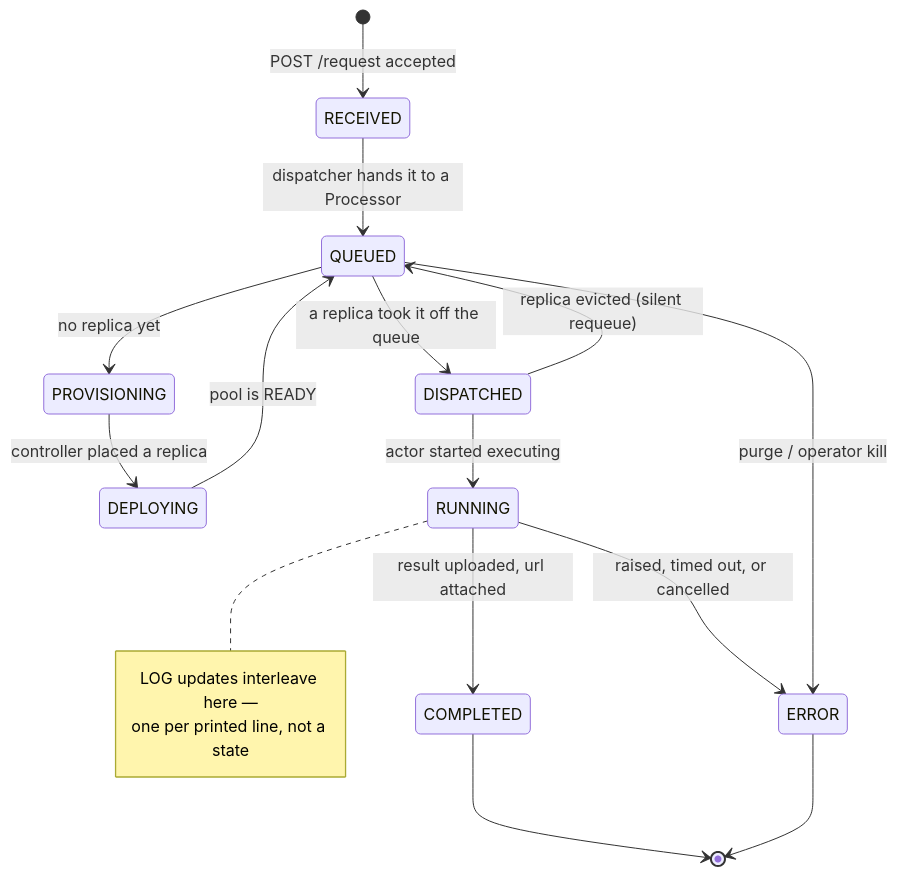
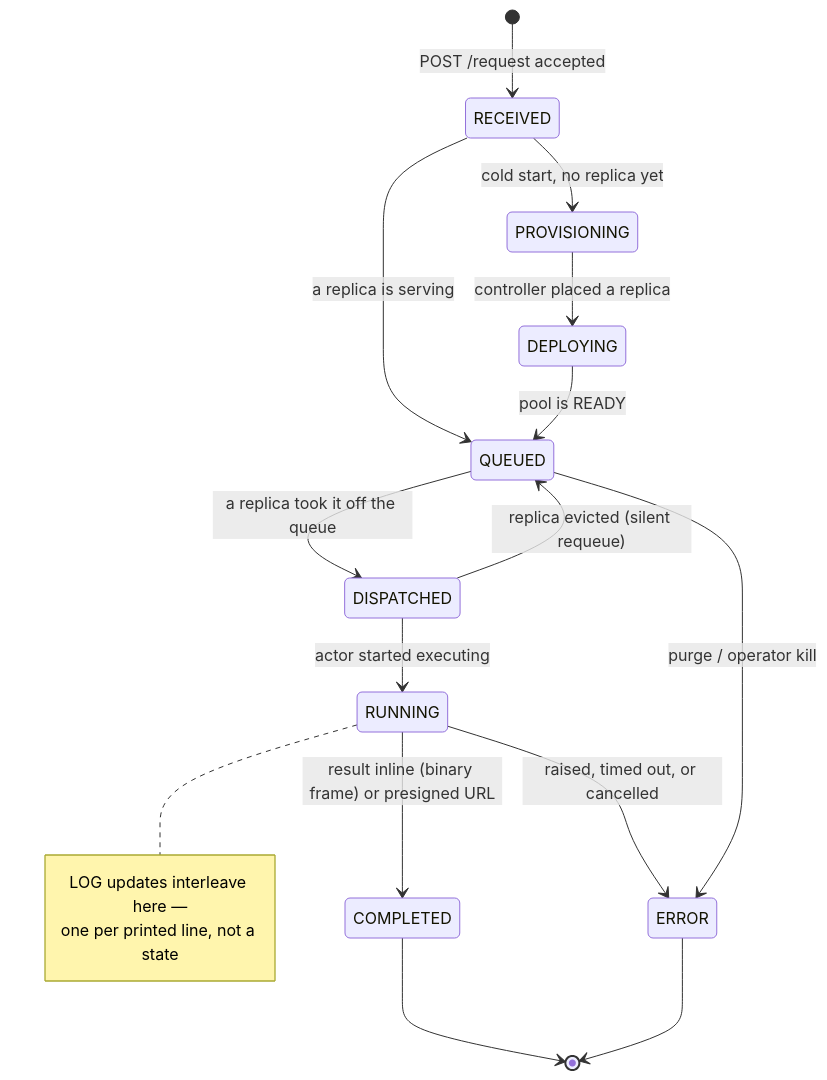
One commit to ndif-team/ndif changed the diagram in docs/concepts/status-and-results.md. Above: the diagram before and after it, drawn with Mermaid. The commit also changed other lines of this file and 7 other files, not shown here.

````diff
--- a/docs/concepts/status-and-results.md
+++ b/docs/concepts/status-and-results.md
@@ -28,20 +28,20 @@
 ```mermaid
 stateDiagram-v2
     [*] --> RECEIVED: POST /request accepted
-    RECEIVED --> QUEUED: dispatcher hands it to a Processor
-    QUEUED --> PROVISIONING: no replica yet
+    RECEIVED --> QUEUED: a replica is serving
+    RECEIVED --> PROVISIONING: cold start, no replica yet
     PROVISIONING --> DEPLOYING: controller placed a replica
     DEPLOYING --> QUEUED: pool is READY
     QUEUED --> DISPATCHED: a replica took it off the queue
     DISPATCHED --> RUNNING: actor started executing
-    RUNNING --> COMPLETED: result uploaded, url attached
+    RUNNING --> COMPLETED: result inline (binary frame) or presigned URL
     RUNNING --> ERROR: raised, timed out, or cancelled
     QUEUED --> ERROR: purge / operator kill
     DISPATCHED --> QUEUED: replica evicted (silent requeue)
     COMPLETED --> [*]
     ERROR --> [*]
     note right of RUNNING
         LOG updates interleave here —
         one per printed line, not a state
     end note
 ```
````
